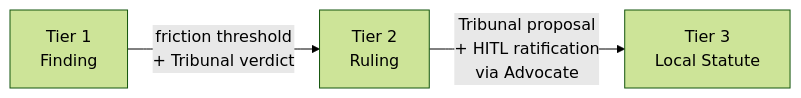
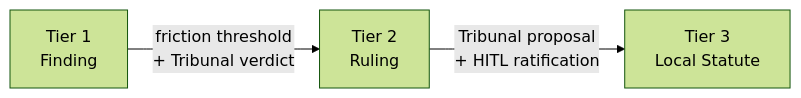
Before and after one commit to really-knows-ai/gideas: the first of 2 diagrams in specs/01-concepts/04-governance.md, drawn with Mermaid (forest theme). The commit also changed other lines of this file and 28 other files, not shown here.

````diff
--- a/specs/01-concepts/04-governance.md
+++ b/specs/01-concepts/04-governance.md
@@ -67,5 +67,5 @@
 ```mermaid
 flowchart LR
     T1["Tier 1<br/>Finding"] -->|"friction threshold<br/>+ Tribunal verdict"| T2["Tier 2<br/>Ruling"]
-    T2 -->|"Tribunal proposal<br/>+ HITL ratification<br/>via Advocate"| T3["Tier 3<br/>Local Statute"]
+    T2 -->|"Tribunal proposal<br/>+ HITL ratification"| T3["Tier 3<br/>Local Statute"]
 ```
````
